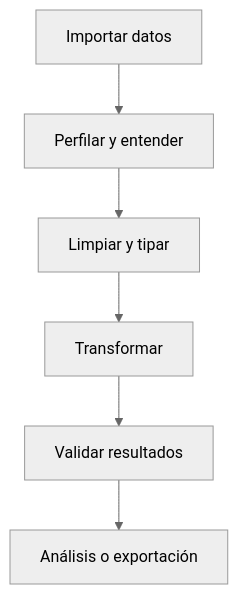
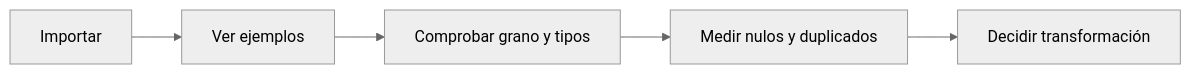
One commit to Ayhur/CursoAnalista changed diagram 14 of 32 in dist/markdown/temario-completo.md. Above: the diagram before and after it, drawn with Mermaid (neutral theme). The commit also changed other lines of this file and 29 other files, not shown here.

````diff
--- a/dist/markdown/temario-completo.md
+++ b/dist/markdown/temario-completo.md
@@ -915,8 +943,7 @@
 ```mermaid
-flowchart TD
-    A[Importar datos] --> B[Perfilar y entender]
-    B --> C[Limpiar y tipar]
-    C --> D[Transformar]
-    D --> E[Validar resultados]
-    E --> F[Análisis o exportación]
+flowchart LR
+ A[Importar] --> B[Ver ejemplos]
+ B --> C[Comprobar grano y tipos]
+ C --> D[Medir nulos y duplicados]
+ D --> E[Decidir transformación]
 ```
````
